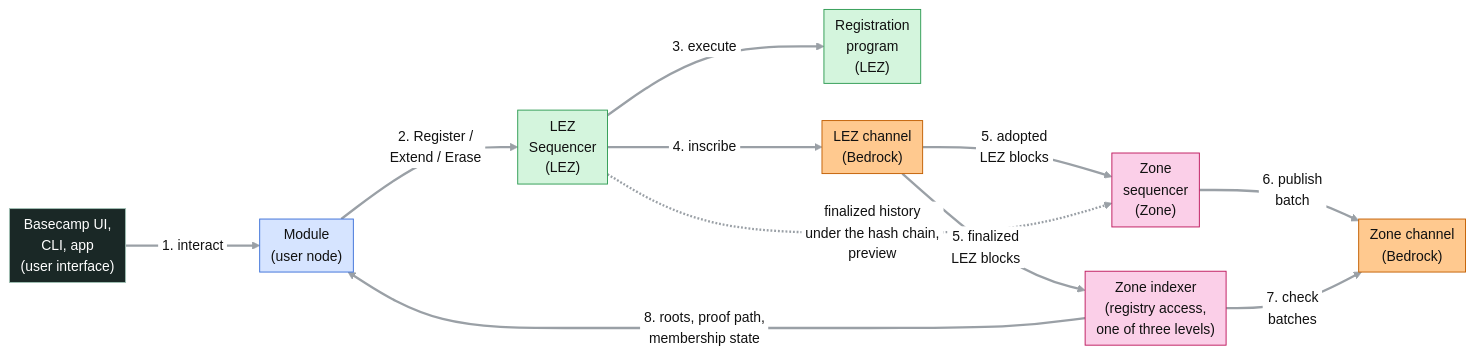
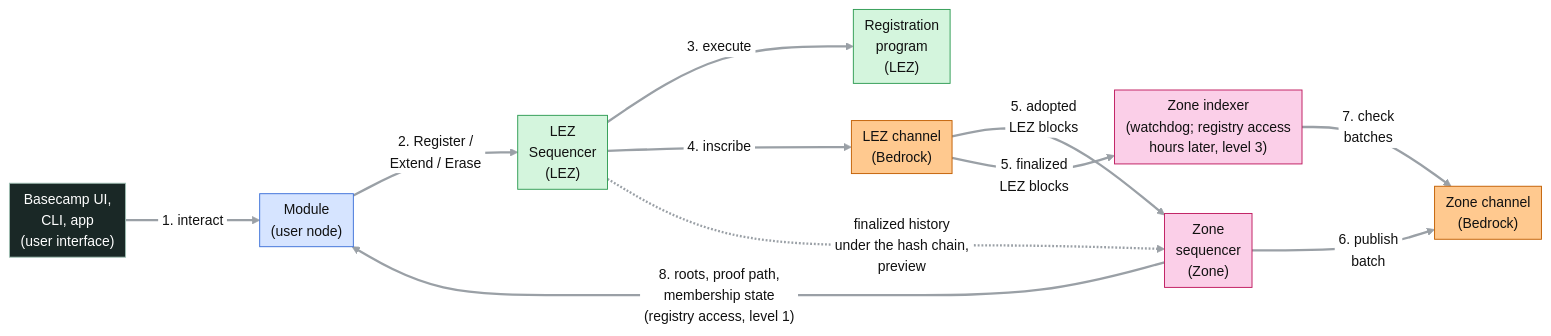
Before and after one commit to logos-co/logos-rln-membership-zone: the first of 10 diagrams in docs/rfc-rln-membership-zone.md, drawn with Mermaid. The commit also changed other lines of this file and 1 other file, not shown here.

Commit message:
docs: the Module reads the Zone sequencer by default, the indexer is the watchdog

````diff
--- a/docs/rfc-rln-membership-zone.md
+++ b/docs/rfc-rln-membership-zone.md
@@ -188,26 +188,26 @@
 ```mermaid
 %%{init: {"theme": "base", "flowchart": {"curve": "basis", "nodeSpacing": 40, "rankSpacing": 70, "padding": 6}, "themeVariables": {"lineColor": "#9aa0a6", "primaryTextColor": "#111111", "edgeLabelBackground": "#ffffff", "fontSize": "15px"}, "themeCSS": "marker { overflow: visible; } .arrowMarkerPath { transform: scale(1.7); transform-origin: 5px 5px; } .edgeLabel, .edgeLabel p, .edgeLabel span { font-size: 12px; line-height: 1.2; }"}}%%
 flowchart LR
     APP["Basecamp UI,<br/>CLI, app<br/>(user interface)"] -->|"#nbsp;1. interact#nbsp;"| MOD["Module<br/>(user node)"]
     MOD -->|"#nbsp;2. Register /#nbsp;<br/>#nbsp;Extend / Erase#nbsp;"| LSEQ["LEZ<br/>Sequencer<br/>(LEZ)"]
     LSEQ -->|"#nbsp;3. execute#nbsp;"| PROG["Registration<br/>program<br/>(LEZ)"]
     LSEQ -->|"#nbsp;4. inscribe#nbsp;"| LCH["LEZ channel<br/>(Bedrock)"]
     LCH -->|"#nbsp;5. adopted#nbsp;<br/>#nbsp;LEZ blocks#nbsp;"| ZSEQ["Zone<br/>sequencer<br/>(Zone)"]
-    LCH -->|"#nbsp;5. finalized#nbsp;<br/>#nbsp;LEZ blocks#nbsp;"| IDX["Zone indexer<br/>(registry access,<br/>one of three levels)"]
+    LCH -->|"#nbsp;5. finalized#nbsp;<br/>#nbsp;LEZ blocks#nbsp;"| IDX["Zone indexer<br/>(watchdog; registry access<br/>hours later, level 3)"]
     LSEQ -.->|"#nbsp;finalized history#nbsp;<br/>#nbsp;under the hash chain,#nbsp;<br/>#nbsp;preview#nbsp;"| ZSEQ
     ZSEQ -->|"#nbsp;6. publish#nbsp;<br/>#nbsp;batch#nbsp;"| ZCH["Zone channel<br/>(Bedrock)"]
     IDX -->|"#nbsp;7. check#nbsp;<br/>#nbsp;batches#nbsp;"| ZCH
-    IDX -->|"#nbsp;8. roots, proof path,#nbsp;<br/>#nbsp;membership state#nbsp;"| MOD
+    ZSEQ -->|"#nbsp;8. roots, proof path,#nbsp;<br/>#nbsp;membership state#nbsp;<br/>#nbsp;(registry access, level 1)#nbsp;"| MOD
     linkStyle default stroke-width:2.5px
 
     classDef ui fill:#1a2826,stroke:#9fbfb3,color:#ffffff
     classDef user fill:#d6e4ff,stroke:#3b6fd8,color:#111111
     classDef lez fill:#d4f5dd,stroke:#2e9b52,color:#111111
     classDef l1 fill:#ffc98f,stroke:#c25e00,color:#111111
     classDef zone fill:#fbcfe8,stroke:#be185d,color:#111111
     class APP ui
     class MOD user
     class LSEQ,PROG lez
     class LCH,ZCH l1
     class ZSEQ,IDX zone
 ```
````
